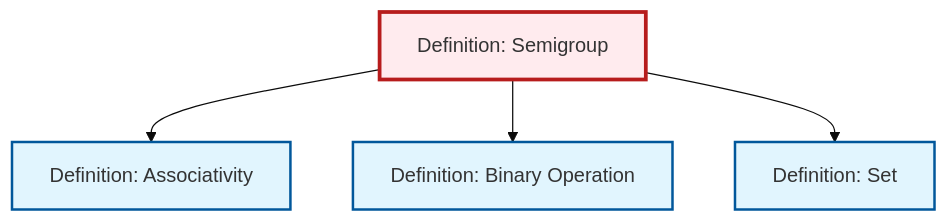
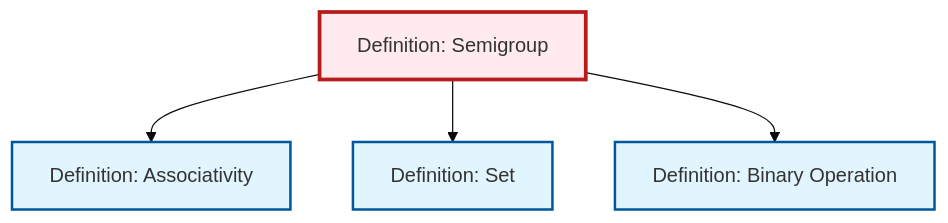
One commit to RK0429/ModernMath changed the diagram in content/en/algebra/def-semigroup.qmd. Above: the diagram before and after it, drawn with Mermaid (base theme). The commit also changed other lines of this file and 1012 other files, not shown here.

````diff
--- a/content/en/algebra/def-semigroup.qmd
+++ b/content/en/algebra/def-semigroup.qmd
@@ -102,20 +102,20 @@
 ```{mermaid}
 %%| fig-cap: "Local dependency graph"
 graph TD
     classDef definition fill:#e1f5fe,stroke:#01579b,stroke-width:2px
     classDef theorem fill:#f3e5f5,stroke:#4a148c,stroke-width:2px
     classDef axiom fill:#fff3e0,stroke:#e65100,stroke-width:2px
     classDef example fill:#e8f5e9,stroke:#1b5e20,stroke-width:2px
     classDef current fill:#ffebee,stroke:#b71c1c,stroke-width:3px
+    def-binary-operation["Definition: Binary Operation"]:::definition
     def-semigroup["Definition: Semigroup"]:::definition
     def-associativity["Definition: Associativity"]:::definition
-    def-binary-operation["Definition: Binary Operation"]:::definition
     def-set["Definition: Set"]:::definition
     def-semigroup --> def-associativity
+    def-semigroup --> def-set
     def-semigroup --> def-binary-operation
-    def-semigroup --> def-set
     class def-semigroup current
+    click def-binary-operation "def-binary-operation.html" "Go to Binary Operation definition"
     click def-associativity "def-associativity.html" "Go to Associativity definition"
-    click def-binary-operation "def-binary-operation.html" "Go to Binary Operation definition"
     click def-set "def-set.html" "Go to Set definition"
 ```
````
